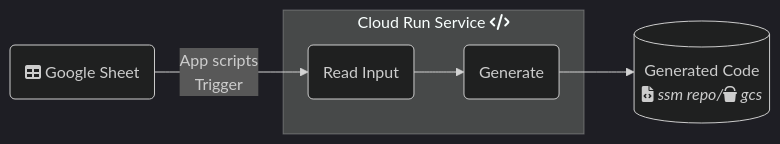
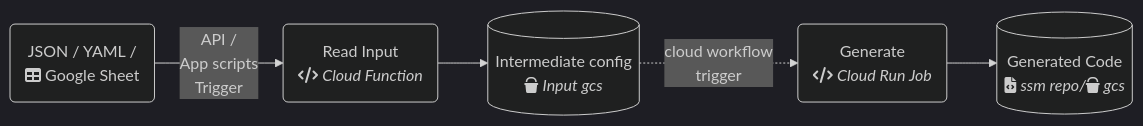
The second of 2 diagrams in README.md (GoogleCloudPlatform/ezytf), drawn with Mermaid (dark theme) before and after one commit. The commit also changed other lines of this file and 5 other files, not shown here.

````diff
--- a/README.md
+++ b/README.md
@@ -28,12 +31,9 @@
 ```mermaid
 flowchart LR
-    Sheet("`fa:fa-table Google Sheet`")
-    Read("`Read Input`")
-    Generate("`Generate`")
+    Sheet("JSON / YAML / <br> fa:fa-table Google Sheet")
+    Read("`Read Input <br> fa:fa-code *Cloud Function*`")
+    Yaml[("`Intermediate config <br> fa:fa-bucket *Input gcs*`")]
+    Generate("`Generate <br> fa:fa-code *Cloud Run Job*`")
     Output[("`Generated Code<br> fa:fa-file-code *ssm repo/fa:fa-bucket gcs*`")]
-    Sheet --> |App scripts <br> Trigger| Read
-    subgraph service [Cloud Run Service fa:fa-code]
-    Read --> Generate
-    end
-    Generate --> Output
+    Sheet --> |API / <br >App scripts <br> Trigger| Read --> Yaml  -. cloud workflow <br> trigger.-> Generate --> Output
 ```
````
